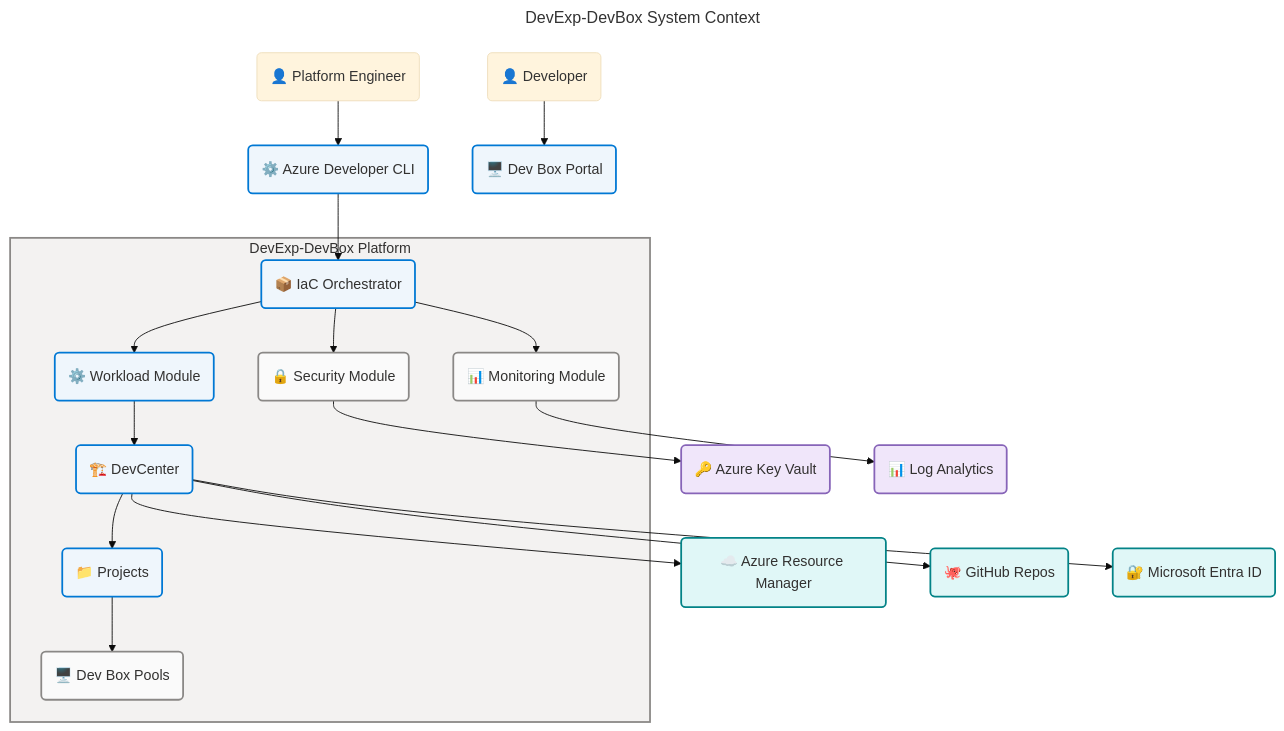
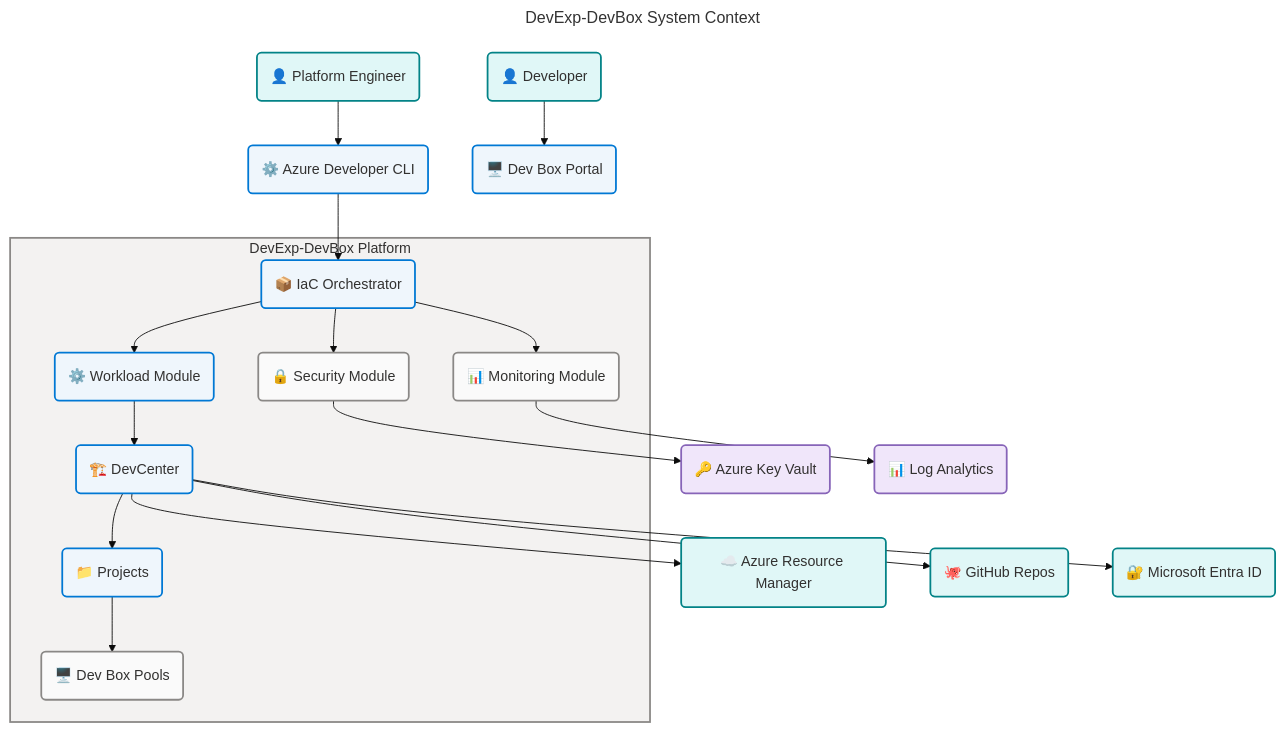
Before and after one commit to Evilazaro/DevExp-DevBox: the first of 12 diagrams in docs/architecture/application-architecture.md, drawn with Mermaid. The commit also changed other lines of this file, not shown here.

Commit message:
feat: enhance application architecture diagrams with Azure Fluent Architecture Pattern guidelines

````diff
--- a/docs/architecture/application-architecture.md
+++ b/docs/architecture/application-architecture.md
@@ -62,42 +62,53 @@
 ```mermaid
 ---
 title: DevExp-DevBox System Context
 config:
   theme: base
   look: classic
   layout: dagre
   themeVariables:
     fontSize: '16px'
   flowchart:
     htmlLabels: true
 ---
 flowchart TB
     accTitle: DevExp-DevBox System Context Diagram
     accDescr: Shows the DevExp-DevBox platform boundary with external actors and systems including platform engineers, developers, Azure Resource Manager, GitHub repositories, and Azure AD
 
-    PlatEng("👤 Platform Engineer") --> AZD("⚙️ Azure Developer CLI"):::core
-    Dev("👤 Developer") --> DevBox("🖥️ Dev Box Portal"):::core
+    %% ═══════════════════════════════════════════════════════════════════════════
+    %% AZURE / FLUENT ARCHITECTURE PATTERN v1.1
+    %% (Semantic + Structural + Font + Accessibility Governance)
+    %% ═══════════════════════════════════════════════════════════════════════════
+    %% PHASE 1 - FLUENT UI: All styling uses approved Fluent UI palette only
+    %% PHASE 2 - GROUPS: Every subgraph has semantic color via style directive
+    %% PHASE 3 - COMPONENTS: Every node has semantic classDef + icon prefix
+    %% PHASE 4 - ACCESSIBILITY: accTitle/accDescr present, WCAG AA contrast
+    %% PHASE 5 - STANDARD: Governance block present, classDefs centralized
+    %% ═══════════════════════════════════════════════════════════════════════════
+
+    PlatEng("👤 Platform Engineer"):::external --> AZD("⚙️ Azure Developer CLI"):::core
+    Dev("👤 Developer"):::external --> DevBox("🖥️ Dev Box Portal"):::core
     AZD --> Orchestrator("📦 IaC Orchestrator"):::core
 
     subgraph platform["DevExp-DevBox Platform"]
         Orchestrator --> Workload("⚙️ Workload Module"):::core
         Orchestrator --> Security("🔒 Security Module"):::neutral
         Orchestrator --> Monitoring("📊 Monitoring Module"):::neutral
         Workload --> DevCenter("🏗️ DevCenter"):::core
         DevCenter --> Projects("📁 Projects"):::core
         Projects --> Pools("🖥️ Dev Box Pools"):::neutral
     end
 
     DevCenter --> ARM("☁️ Azure Resource Manager"):::external
     Security --> KV("🔑 Azure Key Vault"):::data
     Monitoring --> LA("📊 Log Analytics"):::data
     DevCenter --> GitHub("🐙 GitHub Repos"):::external
     DevCenter --> AAD("🔐 Microsoft Entra ID"):::external
 
     style platform fill:#F3F2F1,stroke:#8A8886,stroke-width:2px,color:#323130
 
     classDef neutral fill:#FAFAFA,stroke:#8A8886,stroke-width:2px,color:#323130
     classDef core fill:#EFF6FC,stroke:#0078D4,stroke-width:2px,color:#323130
     classDef data fill:#F0E6FA,stroke:#8764B8,stroke-width:2px,color:#323130
     classDef external fill:#E0F7F7,stroke:#038387,stroke-width:2px,color:#323130
 ```
````
